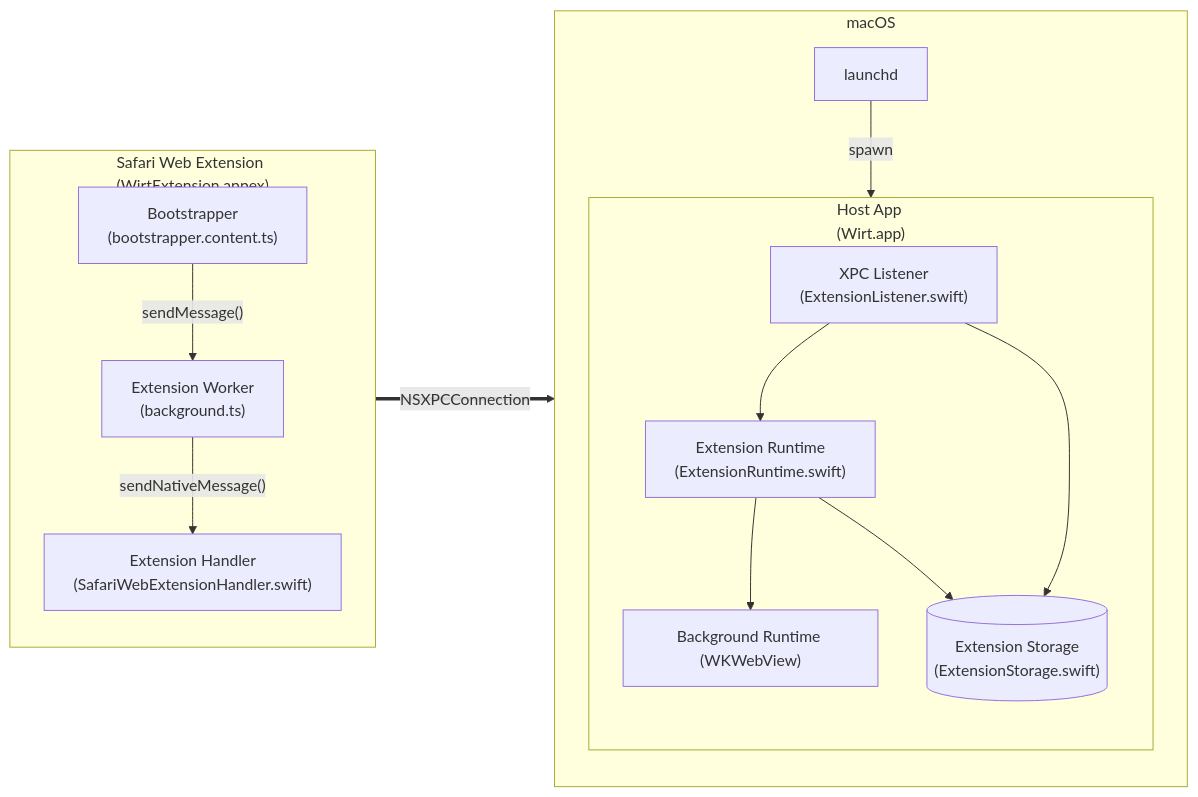
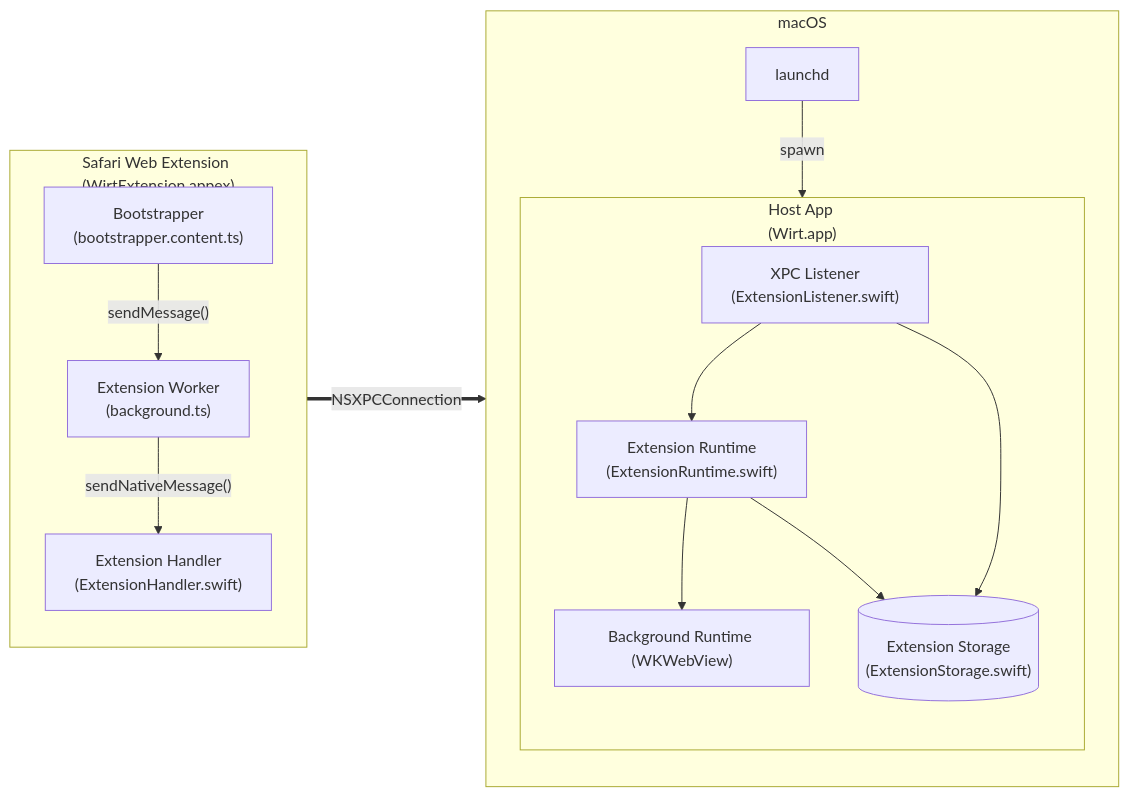
Before and after one commit to easonwong-de/Wirt: the first of 7 diagrams in docs/architecture.md, drawn with Mermaid. The commit also changed other lines of this file and 6 other files, not shown here.

Commit message:
refactor: update storage path to Wirt and rename ExtensionHandler

````diff
--- a/docs/architecture.md
+++ b/docs/architecture.md
@@ -9,30 +9,30 @@
 ```mermaid
 flowchart LR
     subgraph Safari["Safari Web Extension<br/>(WirtExtension.appex)"]
         direction TB
         Boot["Bootstrapper<br/>(bootstrapper.content.ts)"]
         Worker["Extension Worker<br/>(background.ts)"]
-        Handler["Extension Handler<br/>(SafariWebExtensionHandler.swift)"]
+        Handler["Extension Handler<br/>(ExtensionHandler.swift)"]
         Boot -->|"sendMessage()"| Worker
         Worker -->|"sendNativeMessage()"| Handler
     end
 
     subgraph MacOS["macOS"]
         direction TB
         Launchd["launchd"]
         subgraph Host["Host App<br/>(Wirt.app)"]
             direction TB
             Listener["XPC Listener<br/>(ExtensionListener.swift)"]
             Supervisor["Extension Runtime<br/>(ExtensionRuntime.swift)"]
             Runtime["Background Runtime (WKWebView)"]
             Storage[("Extension Storage<br/>(ExtensionStorage.swift)")]
             Listener --> Supervisor
             Supervisor --> Runtime
             Listener --> Storage
             Supervisor --> Storage
         end
         Launchd -->|"spawn"| Host
     end
 
     Safari ==>|"NSXPCConnection"| MacOS
 ```
````
